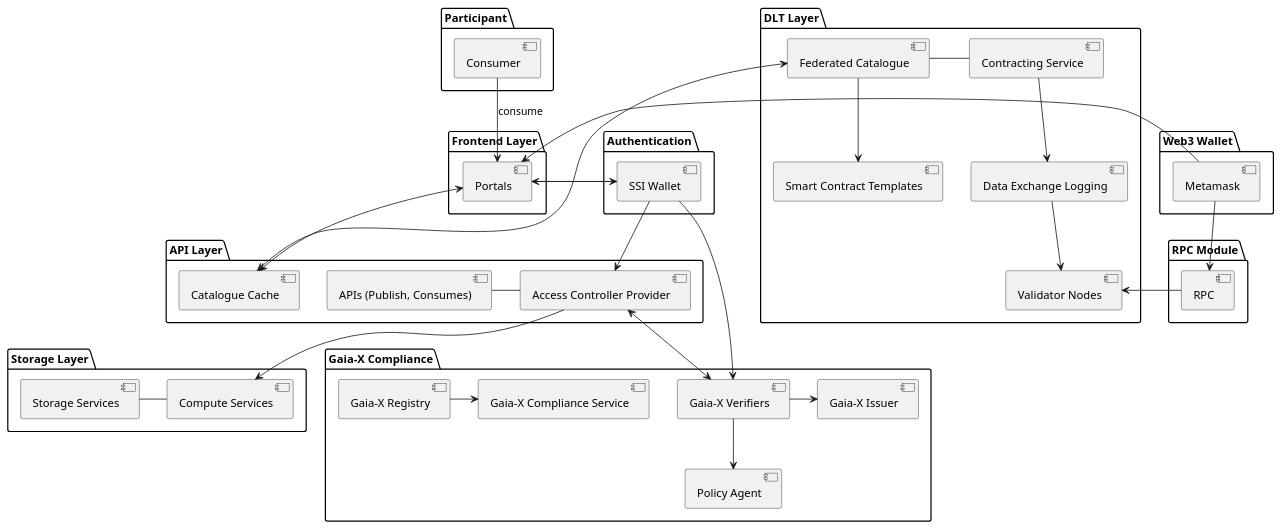
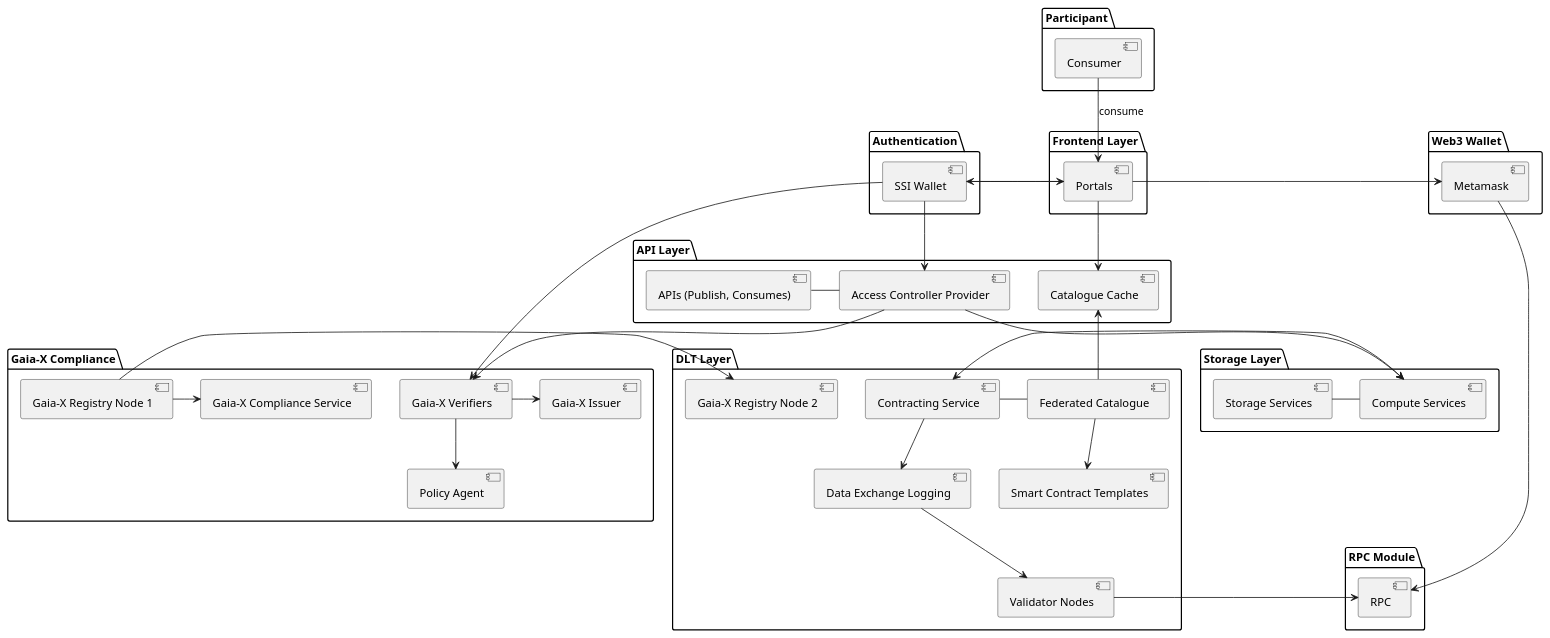
The diagram in Architecture Designspace/moveid_portal.puml (deltaDAO/files), drawn with PlantUML before and after one commit.

Commit message:
first draft
needs refinement

```diff
--- a/Architecture Designspace/moveid_portal.puml
+++ b/Architecture Designspace/moveid_portal.puml
@@ -1,50 +1,54 @@
 @startuml
 top to bottom direction
 package "Participant" {
   [Consumer]
 }
 package "Frontend Layer" {
   [Portals]
 }
 package "Web3 Wallet" {
   [Metamask]
 }
 package "RPC Module" {
   [RPC]
 }
 package "Authentication" {
   [SSI Wallet]
 }
 package "API Layer" {
   [APIs (Publish, Consumes)] - [Access Controller Provider]
   [Catalogue Cache]
 }
 package "Storage Layer" {
   [Storage Services] - [Compute Services]
 [Access Controller Provider]-d->[Compute Services]
 }
 package "DLT Layer" {
   [Contracting Service] - [Federated Catalogue]
   [Contracting Service]-down->[Data Exchange Logging]
   [Data Exchange Logging] -down-> [Validator Nodes]
   [Federated Catalogue] -down-> [Smart Contract Templates]
+  [Gaia-X Registry Node 2]
 }
 package "Gaia-X Compliance" {
   [Gaia-X Verifiers] -down-> [Policy Agent]
   [Gaia-X Verifiers]-right->[Gaia-X Issuer]
-  [Gaia-X Registry] -right-> [Gaia-X Compliance Service]
+  [Gaia-X Registry Node 1] -right-> [Gaia-X Compliance Service]
 }
 
-Consumer -d-> Portals : consume
-Metamask -r-> Portals
-Metamask -d-> RPC
-RPC -r-> [Validator Nodes]
-Portals -r-> [SSI Wallet]
-[SSI Wallet] -r-> [Access Controller Provider]
-[SSI Wallet] -r-> Portals
-Portals <-d-> [Catalogue Cache]
-[Federated Catalogue] <-d-> [Catalogue Cache]
-[Access Controller Provider] <-d-> [Gaia-X Verifiers]
-[SSI Wallet] -d-> [Gaia-X Verifiers]
+Consumer --> Portals : consume
+Portals -> Metamask
+Metamask --> RPC
+[Validator Nodes] -> RPC
+Portals -> [SSI Wallet]
+[SSI Wallet] -> [Access Controller Provider]
+[SSI Wallet] -> Portals
+Portals --> [Catalogue Cache]
+[Federated Catalogue] --> [Catalogue Cache]
+[Access Controller Provider] --> [Gaia-X Verifiers]
+[SSI Wallet] --> [Gaia-X Verifiers]
+[Gaia-X Registry Node 1] -> [Gaia-X Registry Node 2]
+[Compute Services] <--> [Contracting Service]
+
 
 @enduml
```
